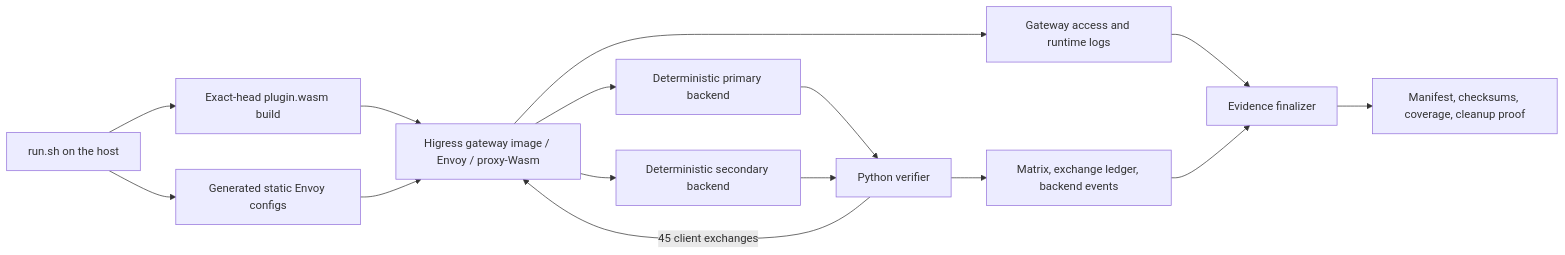
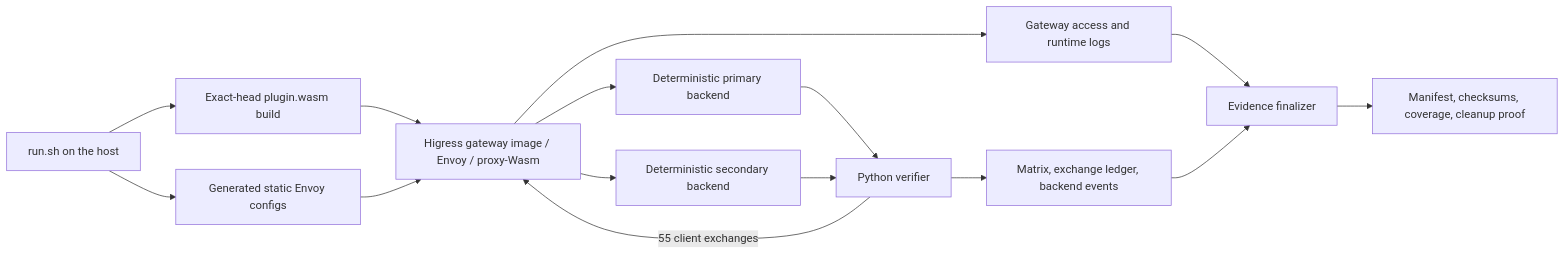
Before and after one commit to alibaba/higress: the diagram in plugins/wasm-go/extensions/mcp-server/testdata/runtime-verification/README.md, drawn with Mermaid. The commit also changed other lines of this file and 13 other files, not shown here.

Commit message:
fix(mcp-server): preserve legacy schema compatibility

````diff
--- a/plugins/wasm-go/extensions/mcp-server/testdata/runtime-verification/README.md
+++ b/plugins/wasm-go/extensions/mcp-server/testdata/runtime-verification/README.md
@@ -42,17 +42,17 @@
 ```mermaid
 flowchart LR
     R["run.sh on the host"] --> W["Exact-head plugin.wasm build"]
     R --> G["Generated static Envoy configs"]
     W --> E["Higress gateway image / Envoy / proxy-Wasm"]
     G --> E
-    V["Python verifier"] -->|"45 client exchanges"| E
+    V["Python verifier"] -->|"55 client exchanges"| E
     E --> P["Deterministic primary backend"]
     E --> S["Deterministic secondary backend"]
     P --> V
     S --> V
     E --> L["Gateway access and runtime logs"]
     V --> M["Matrix, exchange ledger, backend events"]
     L --> F["Evidence finalizer"]
     M --> F
     F --> O["Manifest, checksums, coverage, cleanup proof"]
 ```
````
